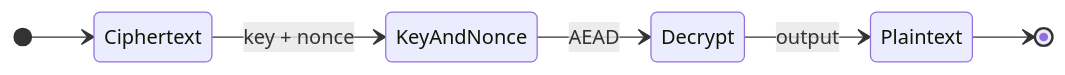
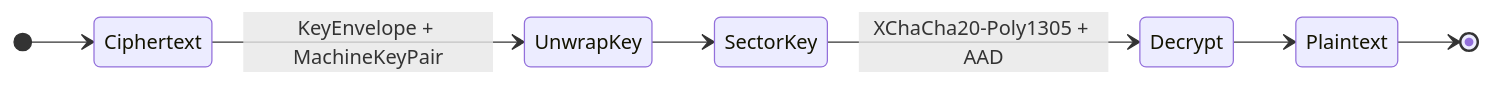
One commit to mightypex2-ux/the-grid changed the third of 3 diagrams in docs/spec/v0.1.0/10-crypto.md. Above: the diagram before and after it, drawn with Mermaid. The commit also changed other lines of this file and 93 other files, not shown here.

````diff
--- a/docs/spec/v0.1.0/10-crypto.md
+++ b/docs/spec/v0.1.0/10-crypto.md
@@ -77,9 +409,10 @@
 ```mermaid
 stateDiagram-v2
     direction LR
     [*] --> Ciphertext
-    Ciphertext --> KeyAndNonce: key + nonce
-    KeyAndNonce --> Decrypt: AEAD
-    Decrypt --> Plaintext: output
+    Ciphertext --> UnwrapKey: KeyEnvelope + MachineKeyPair
+    UnwrapKey --> SectorKey
+    SectorKey --> Decrypt: XChaCha20-Poly1305 + AAD
+    Decrypt --> Plaintext
     Plaintext --> [*]
 ```
````
